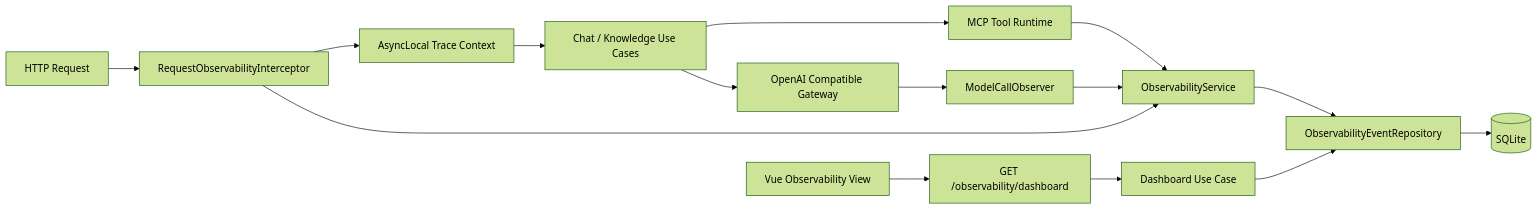
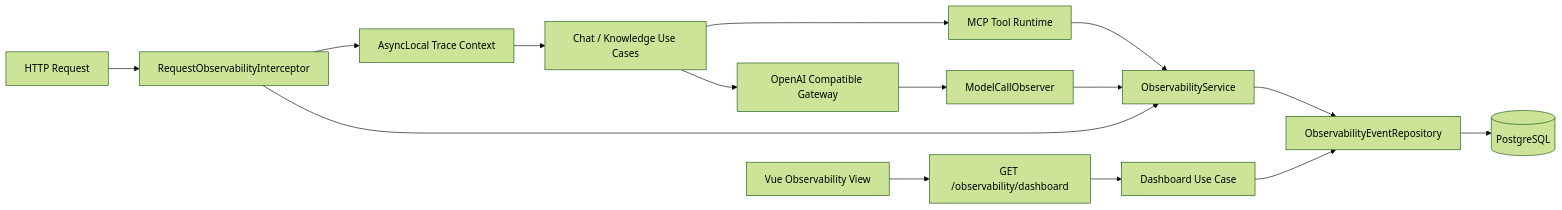
One commit to yiting001/agent changed the first of 2 diagrams in docs/modules/observability.md. Above: the diagram before and after it, drawn with Mermaid (forest theme). The commit also changed other lines of this file and 97 other files, not shown here.

````diff
--- a/docs/modules/observability.md
+++ b/docs/modules/observability.md
@@ -72,17 +72,17 @@
 ```mermaid
 flowchart LR
   Request[HTTP Request] --> Interceptor[RequestObservabilityInterceptor]
   Interceptor --> Context[AsyncLocal Trace Context]
   Context --> Chat[Chat / Knowledge Use Cases]
   Chat --> Model[OpenAI Compatible Gateway]
   Chat --> Tool[MCP Tool Runtime]
   Model --> Observer[ModelCallObserver]
   Tool --> Service[ObservabilityService]
   Observer --> Service
   Interceptor --> Service
   Service --> Repository[ObservabilityEventRepository]
-  Repository --> SQLite[(SQLite)]
+  Repository --> PostgreSQL[(PostgreSQL)]
   Dashboard[GET /observability/dashboard] --> Query[Dashboard Use Case]
   Query --> Repository
   Web[Vue Observability View] --> Dashboard
 ```
````
